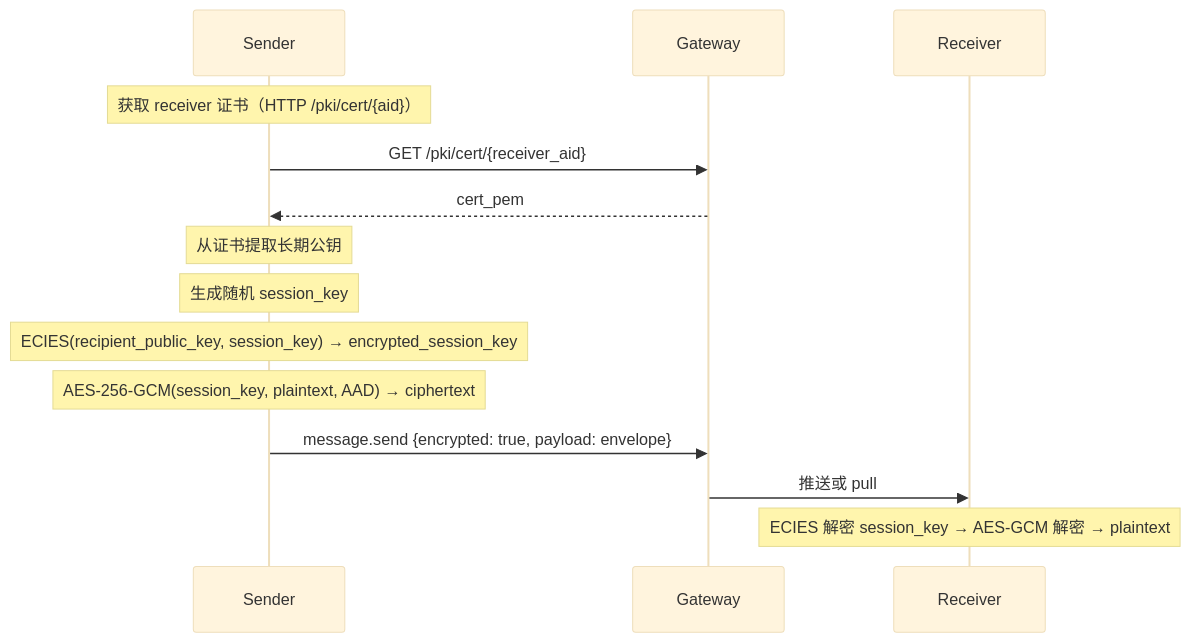
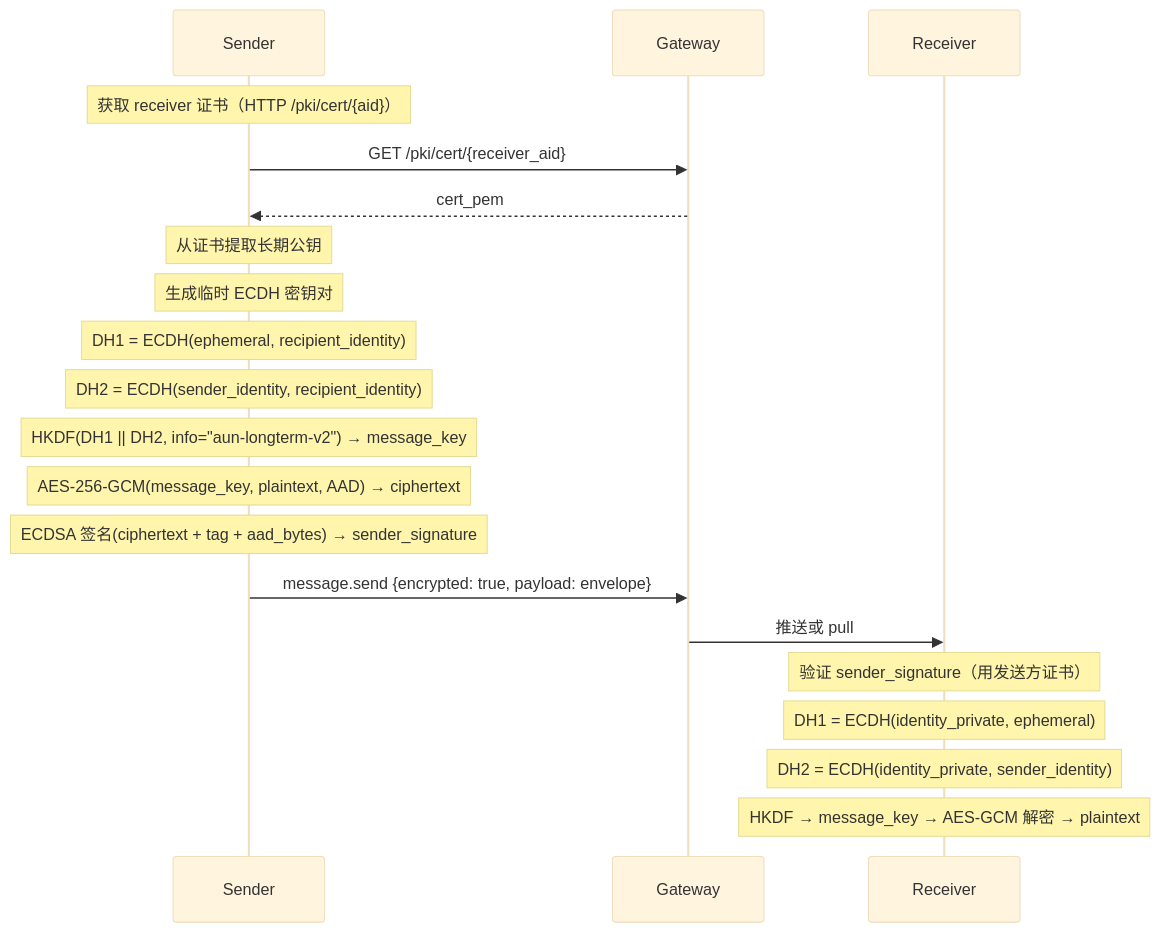
One commit to ModelUnion/aun-sdk-core changed the second of 2 diagrams in python/src/aun_core/docs/protocol/附录L-E2EE实现指南.md. Above: the diagram before and after it, drawn with Mermaid (base theme). The commit also changed other lines of this file and 57 other files, not shown here.

````diff
--- a/python/src/aun_core/docs/protocol/附录L-E2EE实现指南.md
+++ b/python/src/aun_core/docs/protocol/附录L-E2EE实现指南.md
@@ -75,20 +78,26 @@
 ```mermaid
 sequenceDiagram
     participant Sender
     participant Gateway
     participant Receiver
 
     Note over Sender: 获取 receiver 证书（HTTP /pki/cert/{aid}）
     Sender->>Gateway: GET /pki/cert/{receiver_aid}
     Gateway-->>Sender: cert_pem
 
     Note over Sender: 从证书提取长期公钥
-    Note over Sender: 生成随机 session_key
-    Note over Sender: ECIES(recipient_public_key, session_key) → encrypted_session_key
-    Note over Sender: AES-256-GCM(session_key, plaintext, AAD) → ciphertext
+    Note over Sender: 生成临时 ECDH 密钥对
+    Note over Sender: DH1 = ECDH(ephemeral, recipient_identity)
+    Note over Sender: DH2 = ECDH(sender_identity, recipient_identity)
+    Note over Sender: HKDF(DH1 || DH2, info="aun-longterm-v2") → message_key
+    Note over Sender: AES-256-GCM(message_key, plaintext, AAD) → ciphertext
+    Note over Sender: ECDSA 签名(ciphertext + tag + aad_bytes) → sender_signature
 
     Sender->>Gateway: message.send {encrypted: true, payload: envelope}
     Gateway->>Receiver: 推送或 pull
 
-    Note over Receiver: ECIES 解密 session_key → AES-GCM 解密 → plaintext
+    Note over Receiver: 验证 sender_signature（用发送方证书）
+    Note over Receiver: DH1 = ECDH(identity_private, ephemeral)
+    Note over Receiver: DH2 = ECDH(identity_private, sender_identity)
+    Note over Receiver: HKDF → message_key → AES-GCM 解密 → plaintext
 ```
````
